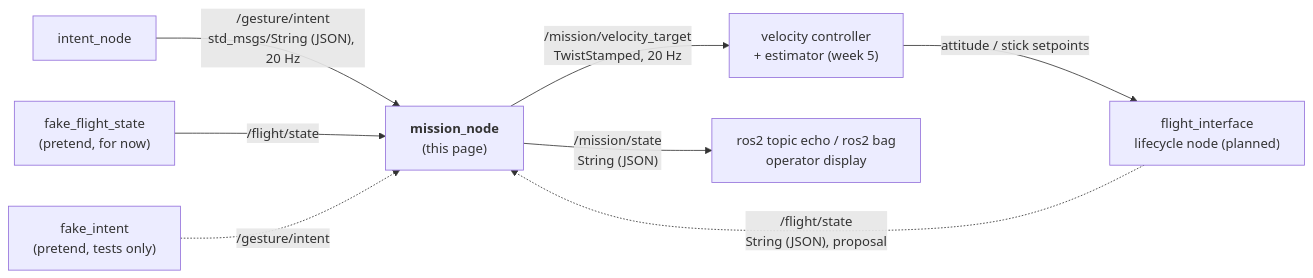
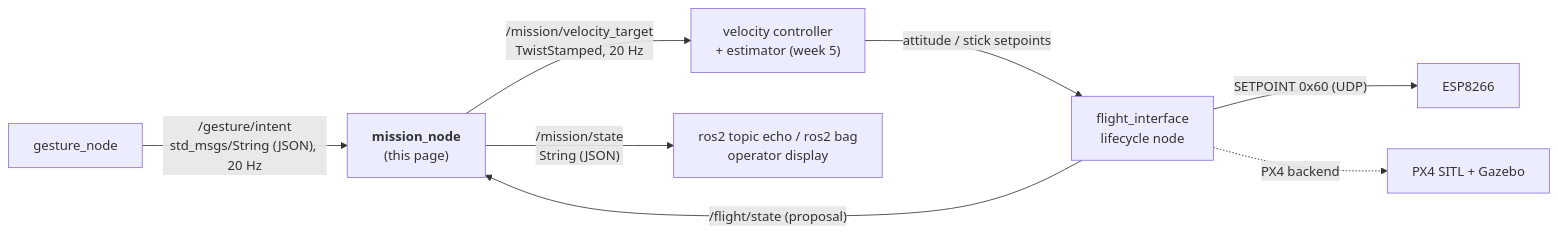
The first of 2 diagrams in docs/PraticalPlan/06 Gestures/04 Mission_Node.md (SEAME-pt/SEA-ME_Team1_ROSRangers), drawn with Mermaid before and after one commit. The commit also changed other lines of this file and 73 other files, not shown here.

````diff
--- a/docs/PraticalPlan/06 Gestures/04 Mission_Node.md
+++ b/docs/PraticalPlan/06 Gestures/04 Mission_Node.md
@@ -32,10 +26,10 @@
 ```mermaid
 flowchart LR
-  GN[intent_node] -->|"/gesture/intent<br/>std_msgs/String (JSON), 20 Hz"| M["<b>mission_node</b><br/>(this page)"]
-  FI -.->|"/flight/state<br/>String (JSON), proposal"| M
-  FFS["fake_flight_state<br/>(pretend, for now)"] -->|"/flight/state"| M
-  FINT["fake_intent<br/>(pretend, tests only)"] -.->|"/gesture/intent"| M
+  GN[gesture_node] -->|"/gesture/intent<br/>std_msgs/String (JSON), 20 Hz"| M["<b>mission_node</b><br/>(this page)"]
+  FI -->|"/flight/state (proposal)"| M
   M -->|"/mission/velocity_target<br/>TwistStamped, 20 Hz"| C["velocity controller<br/>+ estimator (week 5)"]
   M -->|"/mission/state<br/>String (JSON)"| LOG["ros2 topic echo / ros2 bag<br/>operator display"]
-  C -->|"attitude / stick setpoints"| FI["flight_interface<br/>lifecycle node (planned)"]
+  C -->|"attitude / stick setpoints"| FI["flight_interface<br/>lifecycle node"]
+  FI -->|"SETPOINT 0x60 (UDP)"| ESP[ESP8266]
+  FI -.->|"PX4 backend"| SIM["PX4 SITL + Gazebo"]
 ```
````
